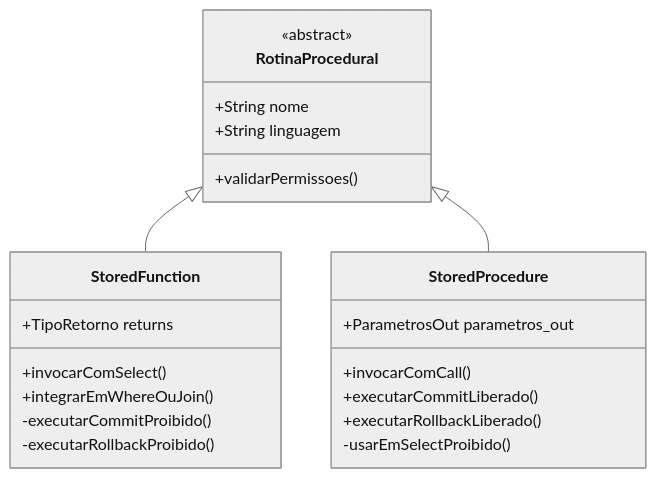
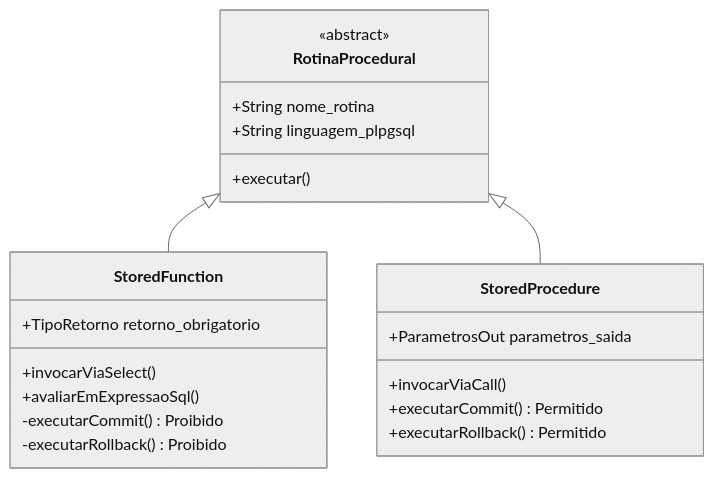
Before and after one commit to murilolol/unifef: the sixth of 10 diagrams in 4º Semestre/[Prof. Welington Garcia] Tópicos Avançados em Banco de Dados/Resumos-IA/Caderno-Consolidado.md, drawn with Mermaid (neutral theme). The commit also changed other lines of this file and 40 other files, not shown here.

````diff
--- a/4º Semestre/[Prof. Welington Garcia] Tópicos Avançados em Banco de Dados/Resumos-IA/Caderno-Consolidado.md
+++ b/4º Semestre/[Prof. Welington Garcia] Tópicos Avançados em Banco de Dados/Resumos-IA/Caderno-Consolidado.md
@@ -383,28 +293,24 @@
 ```mermaid
 classDiagram
   class RotinaProcedural {
     <<abstract>>
-    +String nome
-    +String linguagem
-    +validarPermissoes()
+    +String nome_rotina
+    +String linguagem_plpgsql
+    +executar()
   }
-
   class StoredFunction {
-    +TipoRetorno returns
-    +invocarComSelect()
-    +integrarEmWhereOuJoin()
-    -executarCommitProibido()
-    -executarRollbackProibido()
+    +TipoRetorno retorno_obrigatorio
+    +invocarViaSelect()
+    +avaliarEmExpressaoSql()
+    -executarCommit() Proibido
+    -executarRollback() Proibido
   }
-
   class StoredProcedure {
-    +ParametrosOut parametros_out
-    +invocarComCall()
-    +executarCommitLiberado()
-    +executarRollbackLiberado()
-    -usarEmSelectProibido()
+    +ParametrosOut parametros_saida
+    +invocarViaCall()
+    +executarCommit() Permitido
+    +executarRollback() Permitido
   }
-
   RotinaProcedural <|-- StoredFunction
   RotinaProcedural <|-- StoredProcedure
 ```
````
